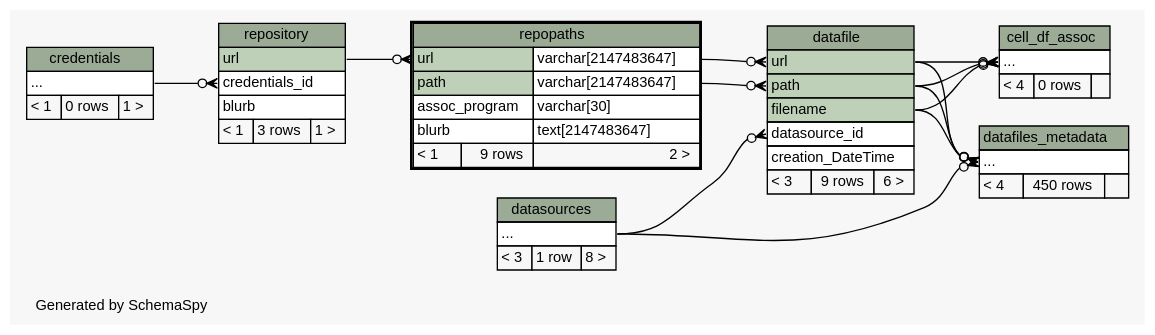
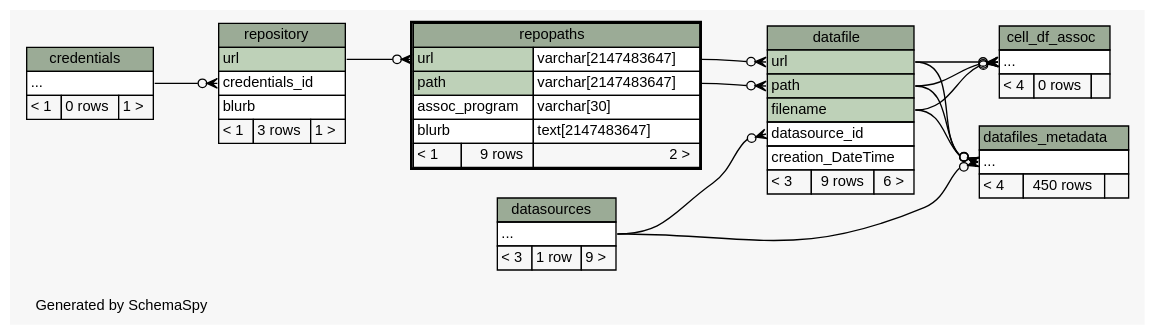
Before and after one commit to tgbugs/mlab: the diagram in database/ss/diagrams/repopaths.2degrees.dot, drawn with Graphviz. The commit also changed 257 other files, not shown here.

Commit message:
updated schemaspy postgres also working on laptop

```diff
--- a/database/ss/diagrams/repopaths.2degrees.dot
+++ b/database/ss/diagrams/repopaths.2degrees.dot
@@ -1,113 +1,113 @@
-// dot 2.32.0 on Windows 7 6.1
+// dot 2.34.0 on Windows 7 6.1
 // SchemaSpy rev 590
 digraph "twoDegreesRelationshipsDiagram" {
   graph [
     rankdir="RL"
     bgcolor="#f7f7f7"
     label="\nGenerated by SchemaSpy"
     labeljust="l"
     nodesep="0.18"
     ranksep="0.46"
     fontname="Helvetica"
     fontsize="11"
   ];
   node [
     fontname="Helvetica"
     fontsize="11"
     shape="plaintext"
   ];
   edge [
     arrowsize="0.8"
   ];
   "cell_df_assoc":"elipses":w -> "datafile":"filename":e [arrowhead=none dir=back arrowtail=crowodot];
   "cell_df_assoc":"elipses":w -> "datafile":"path":e [arrowhead=none dir=back arrowtail=crowodot];
   "cell_df_assoc":"elipses":w -> "datafile":"url":e [arrowhead=none dir=back arrowtail=crowodot];
   "datafile":"datasource_id":w -> "datasources":"elipses":e [arrowhead=none dir=back arrowtail=crowodot];
   "datafile":"path":w -> "repopaths":"path.type":e [arrowhead=none dir=back arrowtail=crowodot];
   "datafile":"url":w -> "repopaths":"url.type":e [arrowhead=none dir=back arrowtail=crowodot];
   "datafiles_metadata":"elipses":w -> "datasources":"elipses":e [arrowhead=none dir=back arrowtail=crowodot];
   "datafiles_metadata":"elipses":w -> "datafile":"filename":e [arrowhead=none dir=back arrowtail=crowodot];
   "datafiles_metadata":"elipses":w -> "datafile":"path":e [arrowhead=none dir=back arrowtail=crowodot];
   "datafiles_metadata":"elipses":w -> "datafile":"url":e [arrowhead=none dir=back arrowtail=crowodot];
   "repopaths":"url":w -> "repository":"url":e [arrowhead=none dir=back arrowtail=crowodot];
   "repository":"credentials_id":w -> "credentials":"elipses":e [arrowhead=none dir=back arrowtail=crowodot];
   "cell_df_assoc" [
     label=<
     <TABLE BORDER="0" CELLBORDER="1" CELLSPACING="0" BGCOLOR="#ffffff">
       <TR><TD COLSPAN="3" BGCOLOR="#9bab96" ALIGN="CENTER">cell_df_assoc</TD></TR>
       <TR><TD PORT="elipses" COLSPAN="3" ALIGN="LEFT">...</TD></TR>
       <TR><TD ALIGN="LEFT" BGCOLOR="#f7f7f7">&lt; 4</TD><TD ALIGN="RIGHT" BGCOLOR="#f7f7f7">0 rows</TD><TD ALIGN="RIGHT" BGCOLOR="#f7f7f7">  </TD></TR>
     </TABLE>>
     URL="cell_df_assoc.html"
     tooltip="cell_df_assoc"
   ];
   "credentials" [
     label=<
     <TABLE BORDER="0" CELLBORDER="1" CELLSPACING="0" BGCOLOR="#ffffff">
       <TR><TD COLSPAN="3" BGCOLOR="#9bab96" ALIGN="CENTER">credentials</TD></TR>
       <TR><TD PORT="elipses" COLSPAN="3" ALIGN="LEFT">...</TD></TR>
       <TR><TD ALIGN="LEFT" BGCOLOR="#f7f7f7">&lt; 1</TD><TD ALIGN="RIGHT" BGCOLOR="#f7f7f7">0 rows</TD><TD ALIGN="RIGHT" BGCOLOR="#f7f7f7">1 &gt;</TD></TR>
     </TABLE>>
     URL="credentials.html"
     tooltip="credentials"
   ];
   "datafile" [
     label=<
     <TABLE BORDER="0" CELLBORDER="1" CELLSPACING="0" BGCOLOR="#ffffff">
       <TR><TD COLSPAN="3" BGCOLOR="#9bab96" ALIGN="CENTER">datafile</TD></TR>
       <TR><TD PORT="url" COLSPAN="3" BGCOLOR="#bed1b8" ALIGN="LEFT">url</TD></TR>
       <TR><TD PORT="path" COLSPAN="3" BGCOLOR="#bed1b8" ALIGN="LEFT">path</TD></TR>
       <TR><TD PORT="filename" COLSPAN="3" BGCOLOR="#bed1b8" ALIGN="LEFT">filename</TD></TR>
       <TR><TD PORT="datasource_id" COLSPAN="3" ALIGN="LEFT">datasource_id</TD></TR>
       <TR><TD PORT="creation_DateTime" COLSPAN="3" ALIGN="LEFT">creation_DateTime</TD></TR>
       <TR><TD ALIGN="LEFT" BGCOLOR="#f7f7f7">&lt; 3</TD><TD ALIGN="RIGHT" BGCOLOR="#f7f7f7">9 rows</TD><TD ALIGN="RIGHT" BGCOLOR="#f7f7f7">6 &gt;</TD></TR>
     </TABLE>>
     URL="datafile.html"
     tooltip="datafile"
   ];
   "datafiles_metadata" [
     label=<
     <TABLE BORDER="0" CELLBORDER="1" CELLSPACING="0" BGCOLOR="#ffffff">
       <TR><TD COLSPAN="3" BGCOLOR="#9bab96" ALIGN="CENTER">datafiles_metadata</TD></TR>
       <TR><TD PORT="elipses" COLSPAN="3" ALIGN="LEFT">...</TD></TR>
       <TR><TD ALIGN="LEFT" BGCOLOR="#f7f7f7">&lt; 4</TD><TD ALIGN="RIGHT" BGCOLOR="#f7f7f7">450 rows</TD><TD ALIGN="RIGHT" BGCOLOR="#f7f7f7">  </TD></TR>
     </TABLE>>
     URL="datafiles_metadata.html"
     tooltip="datafiles_metadata"
   ];
   "datasources" [
     label=<
     <TABLE BORDER="0" CELLBORDER="1" CELLSPACING="0" BGCOLOR="#ffffff">
       <TR><TD COLSPAN="3" BGCOLOR="#9bab96" ALIGN="CENTER">datasources</TD></TR>
       <TR><TD PORT="elipses" COLSPAN="3" ALIGN="LEFT">...</TD></TR>
-      <TR><TD ALIGN="LEFT" BGCOLOR="#f7f7f7">&lt; 3</TD><TD ALIGN="RIGHT" BGCOLOR="#f7f7f7">1 row</TD><TD ALIGN="RIGHT" BGCOLOR="#f7f7f7">8 &gt;</TD></TR>
+      <TR><TD ALIGN="LEFT" BGCOLOR="#f7f7f7">&lt; 3</TD><TD ALIGN="RIGHT" BGCOLOR="#f7f7f7">1 row</TD><TD ALIGN="RIGHT" BGCOLOR="#f7f7f7">9 &gt;</TD></TR>
     </TABLE>>
     URL="datasources.html"
     tooltip="datasources"
   ];
   "repopaths" [
     label=<
     <TABLE BORDER="2" CELLBORDER="1" CELLSPACING="0" BGCOLOR="#ffffff">
       <TR><TD COLSPAN="3" BGCOLOR="#9bab96" ALIGN="CENTER">repopaths</TD></TR>
       <TR><TD PORT="url" COLSPAN="2" BGCOLOR="#bed1b8" ALIGN="LEFT">url</TD><TD PORT="url.type" ALIGN="LEFT">varchar[2147483647]</TD></TR>
       <TR><TD PORT="path" COLSPAN="2" BGCOLOR="#bed1b8" ALIGN="LEFT">path</TD><TD PORT="path.type" ALIGN="LEFT">varchar[2147483647]</TD></TR>
       <TR><TD PORT="assoc_program" COLSPAN="2" ALIGN="LEFT">assoc_program</TD><TD PORT="assoc_program.type" ALIGN="LEFT">varchar[30]</TD></TR>
       <TR><TD PORT="blurb" COLSPAN="2" ALIGN="LEFT">blurb</TD><TD PORT="blurb.type" ALIGN="LEFT">text[2147483647]</TD></TR>
       <TR><TD ALIGN="LEFT" BGCOLOR="#f7f7f7">&lt; 1</TD><TD ALIGN="RIGHT" BGCOLOR="#f7f7f7">9 rows</TD><TD ALIGN="RIGHT" BGCOLOR="#f7f7f7">2 &gt;</TD></TR>
     </TABLE>>
     URL="repopaths.html"
     tooltip="repopaths"
   ];
   "repository" [
     label=<
     <TABLE BORDER="0" CELLBORDER="1" CELLSPACING="0" BGCOLOR="#ffffff">
       <TR><TD COLSPAN="3" BGCOLOR="#9bab96" ALIGN="CENTER">repository</TD></TR>
       <TR><TD PORT="url" COLSPAN="3" BGCOLOR="#bed1b8" ALIGN="LEFT">url</TD></TR>
       <TR><TD PORT="credentials_id" COLSPAN="3" ALIGN="LEFT">credentials_id</TD></TR>
       <TR><TD PORT="blurb" COLSPAN="3" ALIGN="LEFT">blurb</TD></TR>
       <TR><TD ALIGN="LEFT" BGCOLOR="#f7f7f7">&lt; 1</TD><TD ALIGN="RIGHT" BGCOLOR="#f7f7f7">3 rows</TD><TD ALIGN="RIGHT" BGCOLOR="#f7f7f7">1 &gt;</TD></TR>
     </TABLE>>
     URL="repository.html"
     tooltip="repository"
   ];
 }
```
